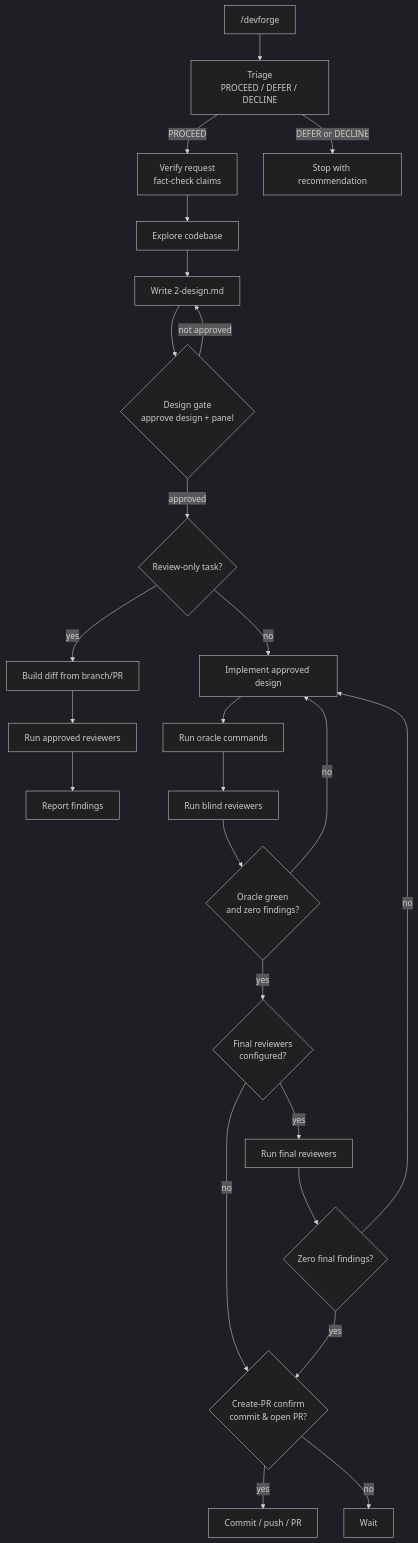
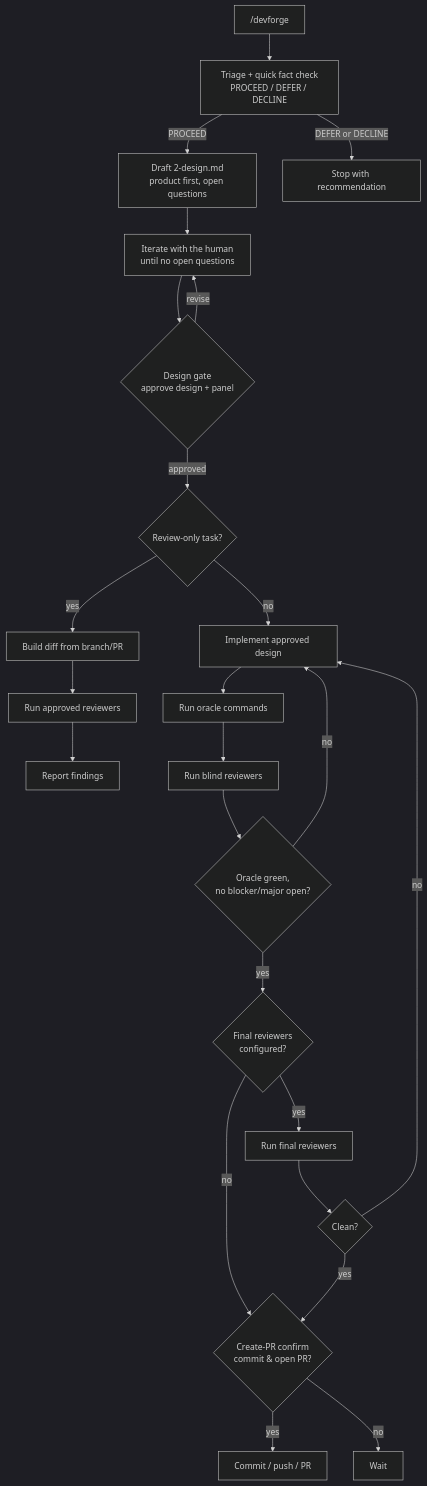
The diagram in README.md (apify/shepherd), drawn with Mermaid (dark theme) before and after one commit. The commit also changed other lines of this file and 12 other files, not shown here.

````diff
--- a/README.md
+++ b/README.md
@@ -13,27 +20,26 @@
 ```mermaid
 flowchart TD
-    Start["/devforge <task>"] --> Triage["Triage<br/>PROCEED / DEFER / DECLINE"]
-    Triage -->|PROCEED| Verify["Verify request<br/>fact-check claims"]
+    Start["/devforge <task>"] --> Triage["Triage + quick fact check<br/>PROCEED / DEFER / DECLINE"]
+    Triage -->|PROCEED| Draft["Draft 2-design.md<br/>product first, open questions"]
     Triage -->|DEFER or DECLINE| Stop["Stop with recommendation"]
-    Verify --> Explore["Explore codebase"]
-    Explore --> Design["Write 2-design.md"]
-    Design --> Gate{"Design gate<br/>approve design + panel"}
+    Draft --> Iterate["Iterate with the human<br/>until no open questions"]
+    Iterate --> Gate{"Design gate<br/>approve design + panel"}
     Gate -->|approved| ReviewOnly{"Review-only task?"}
-    Gate -->|not approved| Design
+    Gate -->|revise| Iterate
     ReviewOnly -->|yes| ExistingDiff["Build diff from branch/PR"]
     ExistingDiff --> ReviewPanel["Run approved reviewers"]
     ReviewPanel --> Findings["Report findings"]
     ReviewOnly -->|no| Implement["Implement approved design"]
     Implement --> Oracle["Run oracle commands"]
     Oracle --> Reviewers["Run blind reviewers"]
-    Reviewers --> Clean{"Oracle green<br/>and zero findings?"}
+    Reviewers --> Clean{"Oracle green,<br/>no blocker/major open?"}
     Clean -->|no| Implement
     Clean -->|yes| FinalConfigured{"Final reviewers<br/>configured?"}
     FinalConfigured -->|yes| FinalReview["Run final reviewers"]
     FinalConfigured -->|no| CreatePrConfirm
-    FinalReview --> FinalClean{"Zero final findings?"}
+    FinalReview --> FinalClean{"Clean?"}
     FinalClean -->|no| Implement
     FinalClean -->|yes| CreatePrConfirm{"Create-PR confirm<br/>commit & open PR?"}
     CreatePrConfirm -->|yes| Finish["Commit / push / PR"]
     CreatePrConfirm -->|no| Hold["Wait"]
 ```
````
